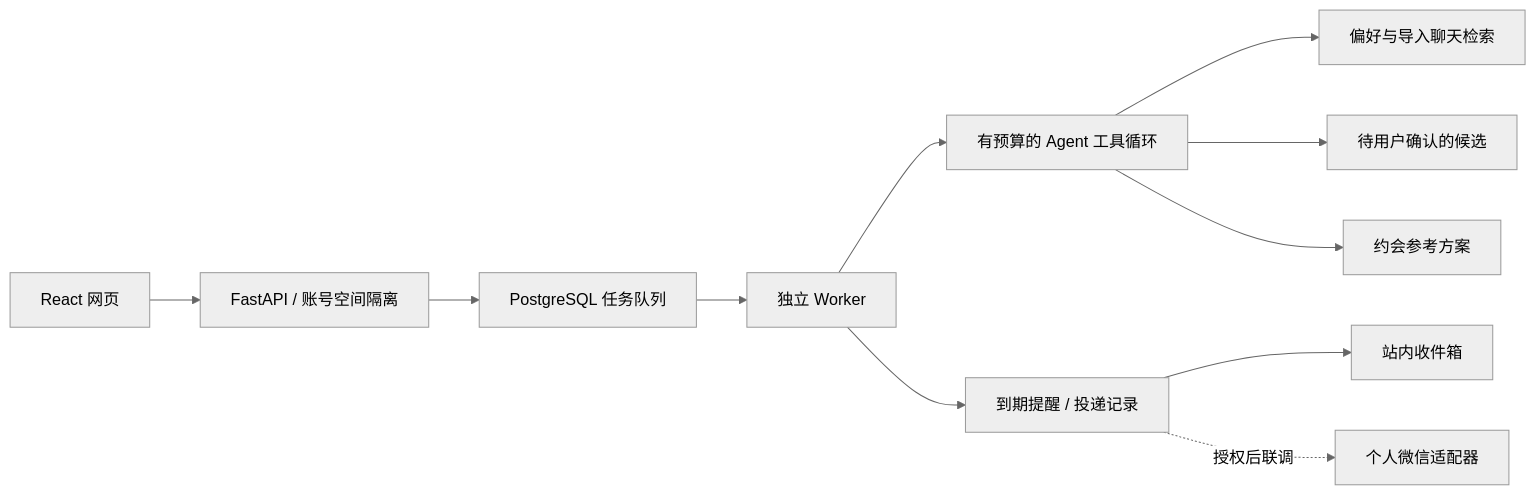
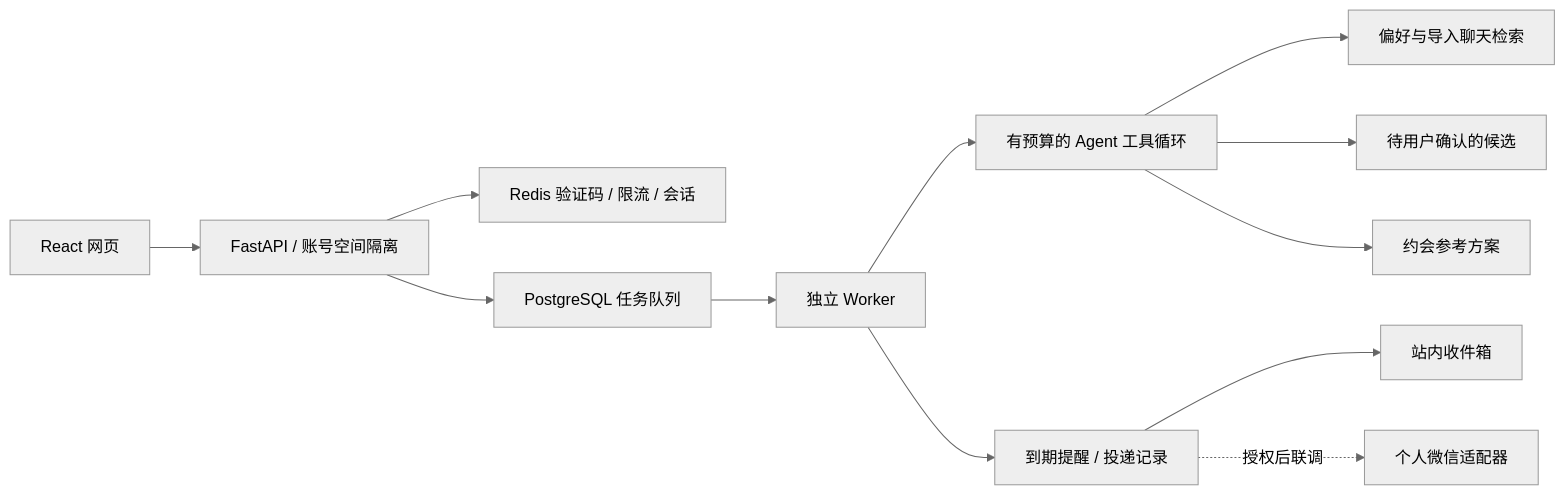
The diagram in docs/relationship-mvp.md (drbcxe/Xinyu), drawn with Mermaid (neutral theme) before and after one commit. The commit also changed other lines of this file and 20 other files, not shown here.

````diff
--- a/docs/relationship-mvp.md
+++ b/docs/relationship-mvp.md
@@ -29,13 +29,14 @@
 ```mermaid
 flowchart LR
     UI[React 网页] --> API[FastAPI / 账号空间隔离]
+    API --> R[Redis 验证码 / 限流 / 会话]
     API --> Q[PostgreSQL 任务队列]
     Q --> W[独立 Worker]
     W --> A[有预算的 Agent 工具循环]
     A --> M[偏好与导入聊天检索]
     A --> C[待用户确认的候选]
     A --> D[约会参考方案]
     W --> N[到期提醒 / 投递记录]
     N --> I[站内收件箱]
     N -.授权后联调.-> WX[个人微信适配器]
 ```
````
